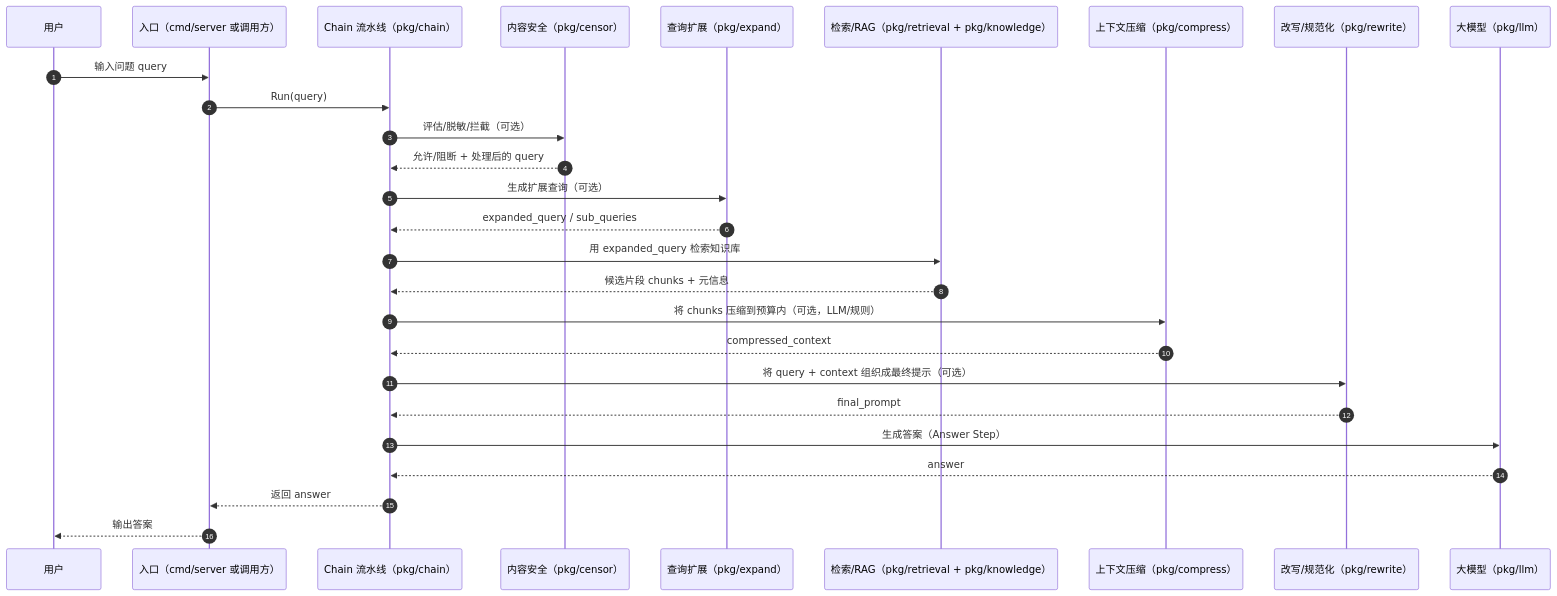
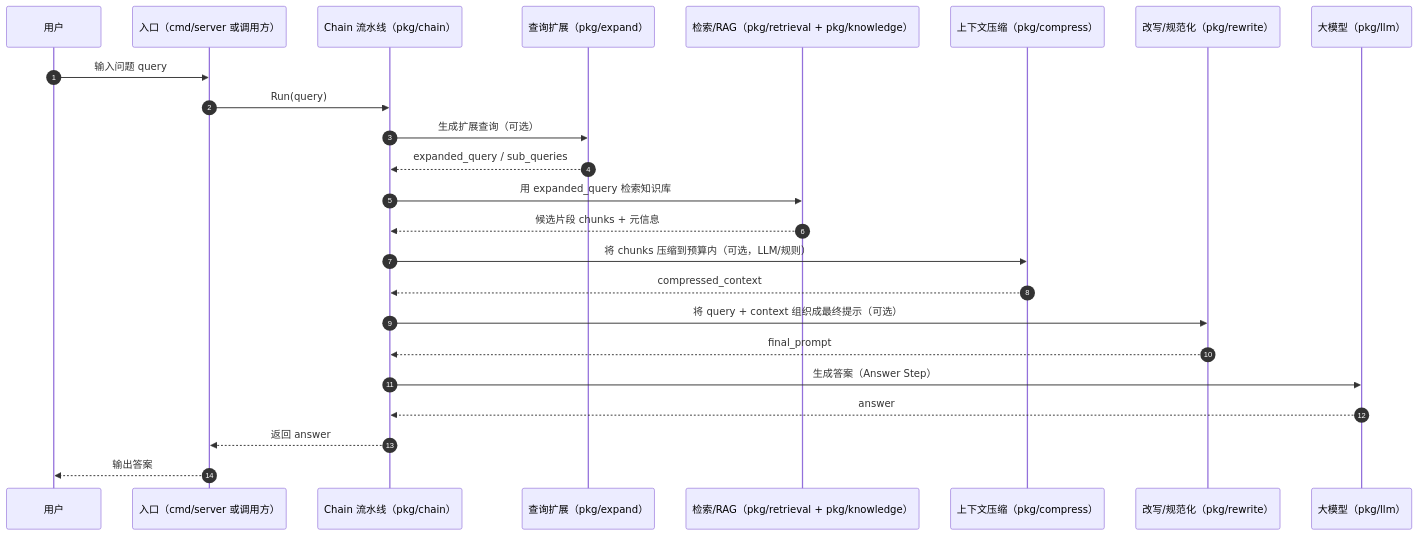
One commit to LingByte/Ling changed the second of 3 diagrams in docs/architecture.md. Above: the diagram before and after it, drawn with Mermaid. The commit also changed other lines of this file and 20 other files, not shown here.

````diff
--- a/docs/architecture.md
+++ b/docs/architecture.md
@@ -24,37 +24,33 @@
 ```mermaid
 sequenceDiagram
   autonumber
   participant User as 用户
   participant API as 入口（cmd/server 或调用方）
   participant Chain as Chain 流水线（pkg/chain）
-  participant Censor as 内容安全（pkg/censor）
   participant Expand as 查询扩展（pkg/expand）
   participant Retrieve as 检索/RAG（pkg/retrieval + pkg/knowledge）
   participant Compress as 上下文压缩（pkg/compress）
   participant Rewrite as 改写/规范化（pkg/rewrite）
   participant LLM as 大模型（pkg/llm）
 
   User->>API: 输入问题 query
   API->>Chain: Run(query)
-
-  Chain->>Censor: 评估/脱敏/拦截（可选）
-  Censor-->>Chain: 允许/阻断 + 处理后的 query
 
   Chain->>Expand: 生成扩展查询（可选）
   Expand-->>Chain: expanded_query / sub_queries
 
   Chain->>Retrieve: 用 expanded_query 检索知识库
   Retrieve-->>Chain: 候选片段 chunks + 元信息
 
   Chain->>Compress: 将 chunks 压缩到预算内（可选，LLM/规则）
   Compress-->>Chain: compressed_context
 
   Chain->>Rewrite: 将 query + context 组织成最终提示（可选）
   Rewrite-->>Chain: final_prompt
 
   Chain->>LLM: 生成答案（Answer Step）
   LLM-->>Chain: answer
 
   Chain-->>API: 返回 answer
   API-->>User: 输出答案
 ```
````
